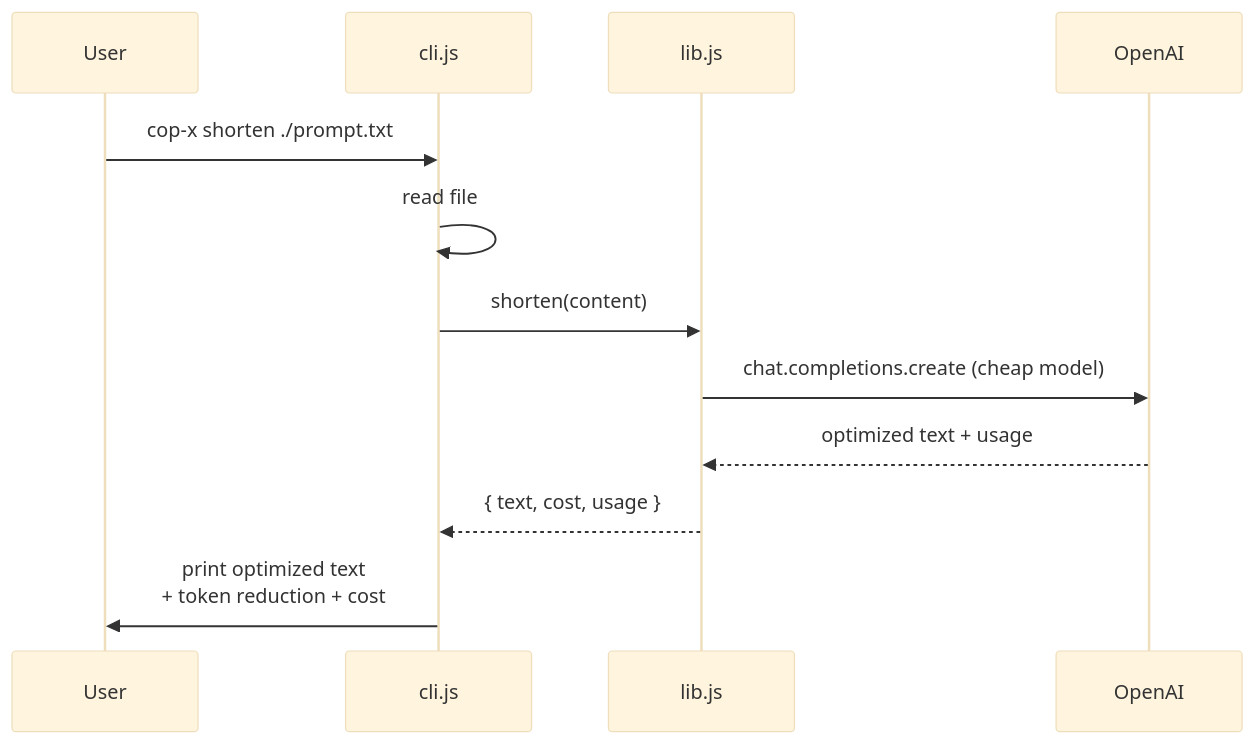
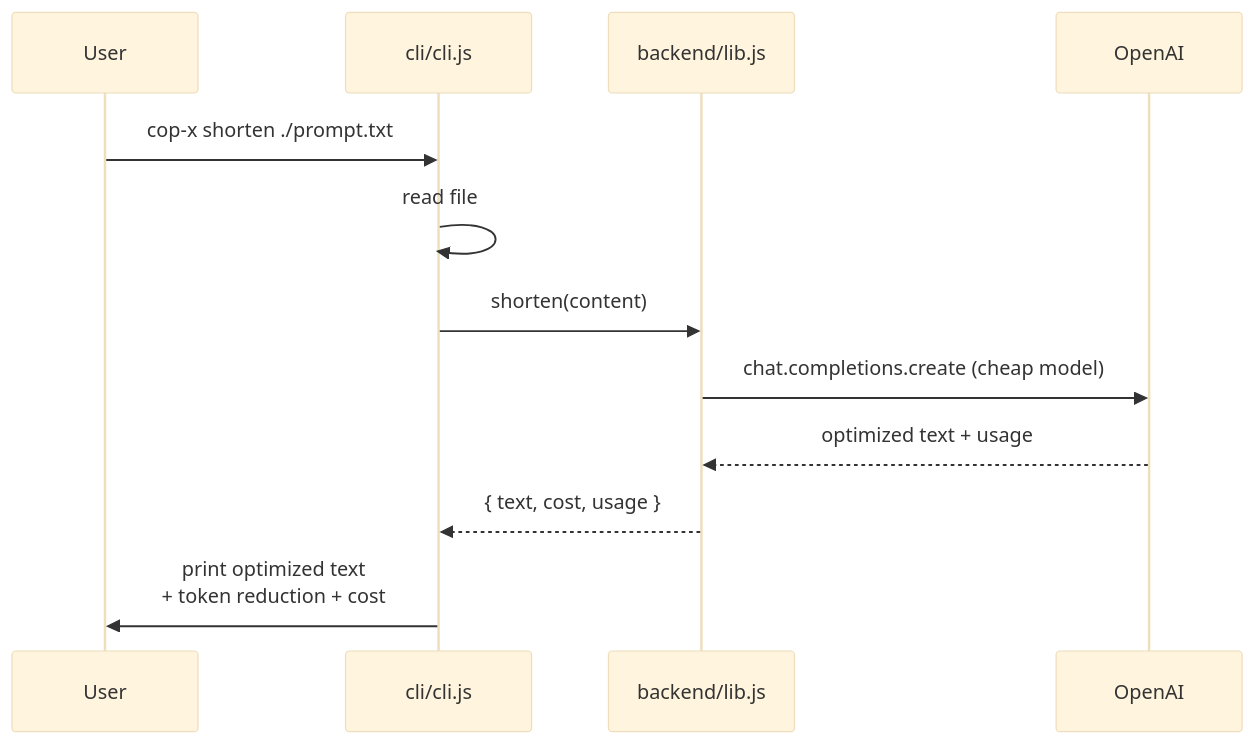
The third of 3 diagrams in docs/ARCHITECTURE.md (bsmahdi/COP-X-technical-project-submission), drawn with Mermaid (base theme) before and after one commit. The commit also changed other lines of this file and 39 other files, not shown here.

Commit message:
Final organization: separated backend, cli, extension, and docs

````diff
--- a/docs/ARCHITECTURE.md
+++ b/docs/ARCHITECTURE.md
@@ -84,15 +84,15 @@
 ```mermaid
 sequenceDiagram
     participant User
-    participant CLI as cli.js
-    participant Lib as lib.js
+    participant CLI as cli/cli.js
+    participant Lib as backend/lib.js
     participant OpenAI
 
     User->>CLI: cop-x shorten ./prompt.txt
     CLI->>CLI: read file
     CLI->>Lib: shorten(content)
     Lib->>OpenAI: chat.completions.create (cheap model)
     OpenAI-->>Lib: optimized text + usage
     Lib-->>CLI: { text, cost, usage }
     CLI->>User: print optimized text<br/>+ token reduction + cost
 ```
````
